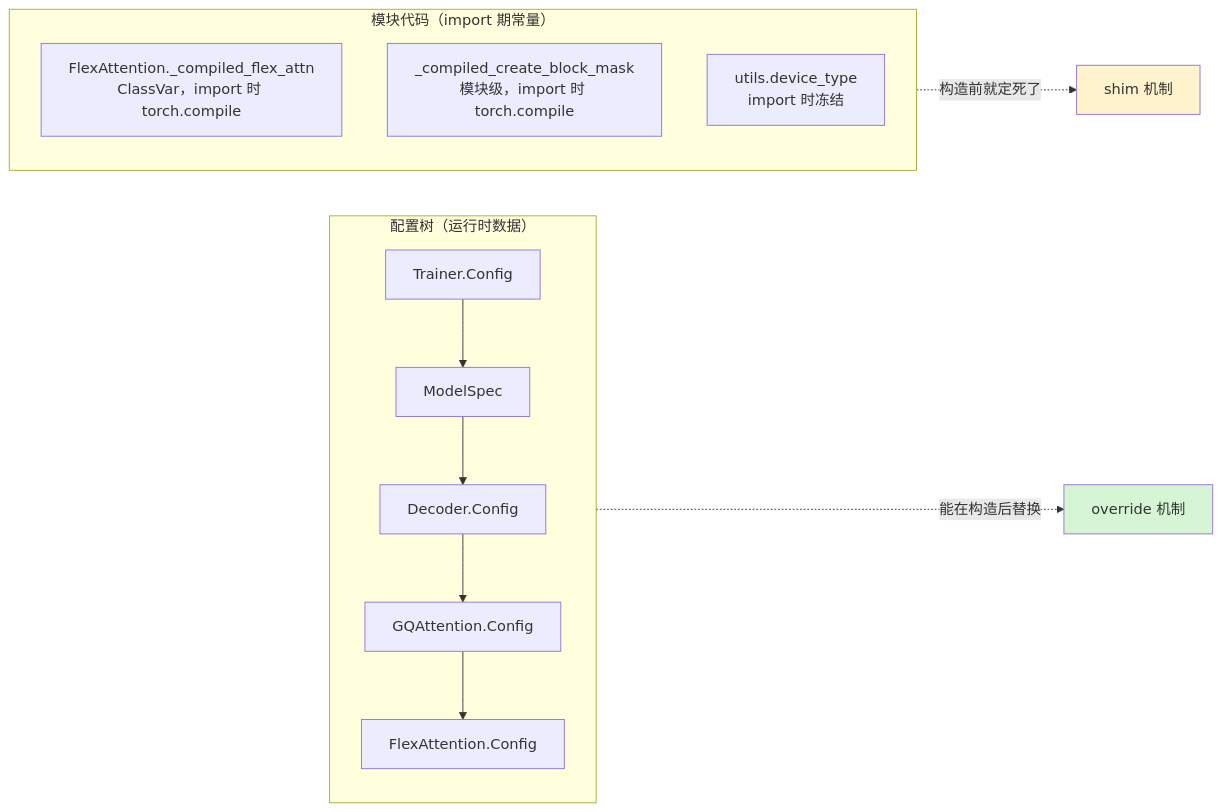
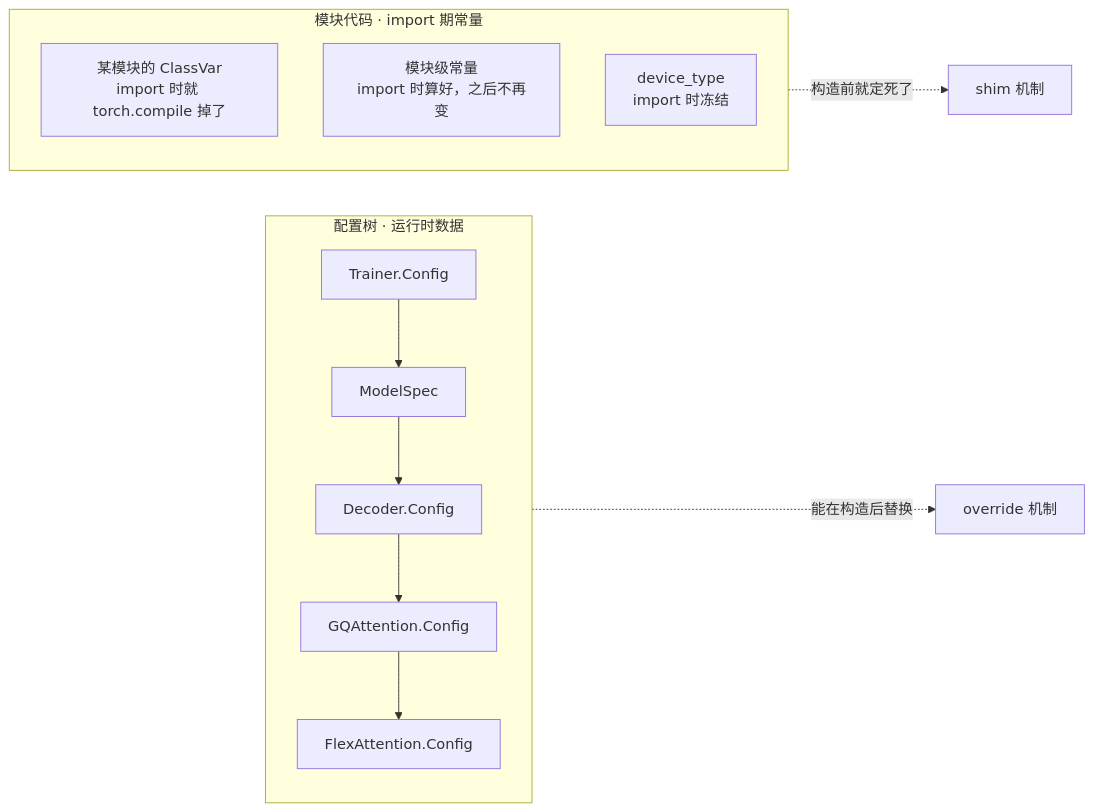
One commit to JavaZeroo/ascend-torchtitan changed the second of 15 diagrams in docs/design/shim-and-override.md. Above: the diagram before and after it, drawn with Mermaid. The commit also changed other lines of this file and 1 other file, not shown here.

````diff
--- a/docs/design/shim-and-override.md
+++ b/docs/design/shim-and-override.md
@@ -75,21 +57,18 @@
 ```mermaid
 graph LR
-    subgraph CFG["配置树（运行时数据）"]
+    subgraph CFG["配置树 · 运行时数据"]
         direction TB
         C1["Trainer.Config"] --> C2["ModelSpec"]
         C2 --> C3["Decoder.Config"]
         C3 --> C4["GQAttention.Config"]
         C4 --> C5["FlexAttention.Config"]
     end
-    subgraph CODE["模块代码（import 期常量）"]
+    subgraph CODE["模块代码 · import 期常量"]
         direction TB
-        K1["FlexAttention._compiled_flex_attn<br/>ClassVar，import 时 torch.compile"]
-        K2["_compiled_create_block_mask<br/>模块级，import 时 torch.compile"]
-        K3["utils.device_type<br/>import 时冻结"]
+        K1["某模块的 ClassVar<br/>import 时就 torch.compile 掉了"]
+        K2["模块级常量<br/>import 时算好，之后不再变"]
+        K3["device_type<br/>import 时冻结"]
     end
     CFG -.->|"能在构造后替换"| OV["override 机制"]
     CODE -.->|"构造前就定死了"| SH["shim 机制"]
-
-    style OV fill:#d5f5d5
-    style SH fill:#fff3cd
 ```
````
